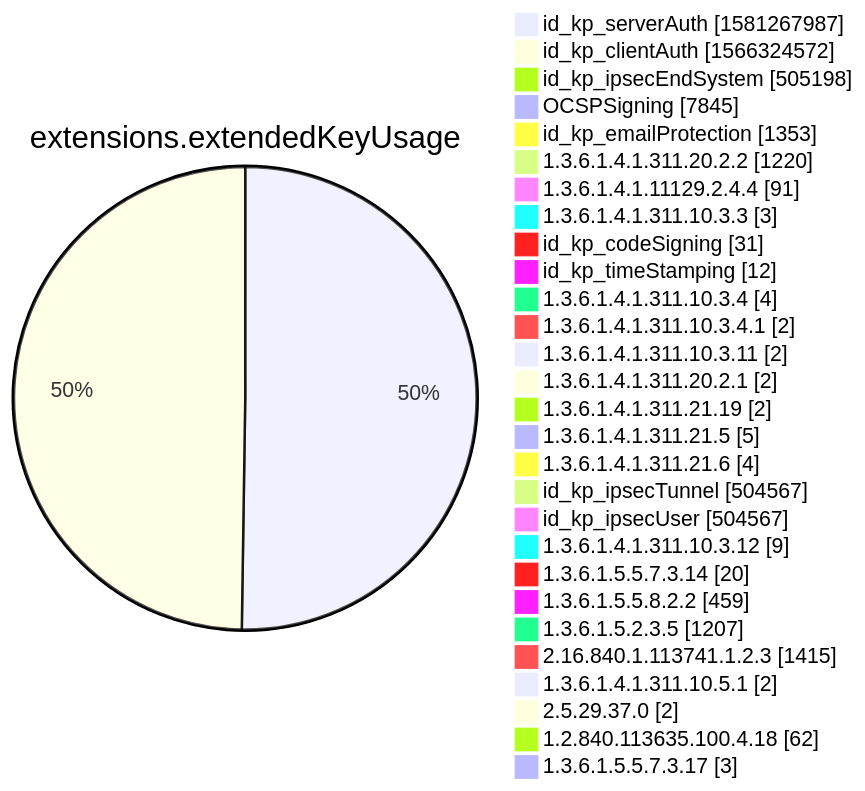
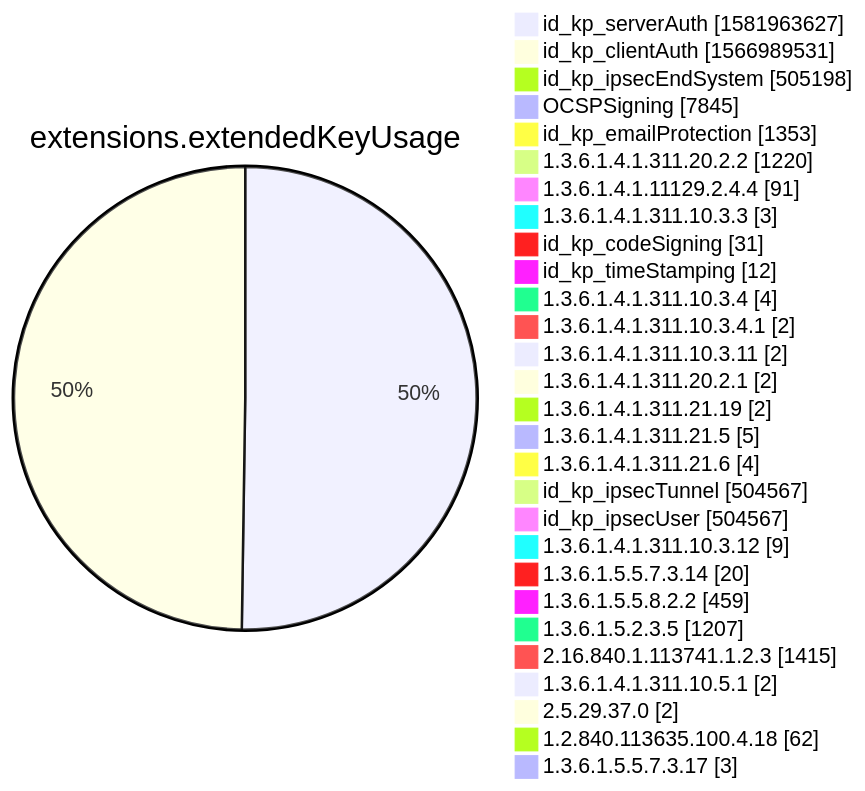
One commit to christiankrug/ctmonitor_visualization changed diagram 12 of 15 in xenon2022/README.md. Above: the diagram before and after it, drawn with Mermaid. The commit also changed other lines of this file, not shown here.

````diff
--- a/xenon2022/README.md
+++ b/xenon2022/README.md
@@ -3884,32 +3884,32 @@
 ```mermaid
 pie showData
 title extensions.extendedKeyUsage
-"id_kp_serverAuth" :1581267987
-"id_kp_clientAuth" :1566324572
+"id_kp_serverAuth" :1581963627
+"id_kp_clientAuth" :1566989531
 "id_kp_ipsecEndSystem" :505198
 "OCSPSigning" :7845
 "id_kp_emailProtection" :1353
 "1.3.6.1.4.1.311.20.2.2" :1220
 "1.3.6.1.4.1.11129.2.4.4" :91
 "1.3.6.1.4.1.311.10.3.3" :3
 "id_kp_codeSigning" :31
 "id_kp_timeStamping" :12
 "1.3.6.1.4.1.311.10.3.4" :4
 "1.3.6.1.4.1.311.10.3.4.1" :2
 "1.3.6.1.4.1.311.10.3.11" :2
 "1.3.6.1.4.1.311.20.2.1" :2
 "1.3.6.1.4.1.311.21.19" :2
 "1.3.6.1.4.1.311.21.5" :5
 "1.3.6.1.4.1.311.21.6" :4
 "id_kp_ipsecTunnel" :504567
 "id_kp_ipsecUser" :504567
 "1.3.6.1.4.1.311.10.3.12" :9
 "1.3.6.1.5.5.7.3.14" :20
 "1.3.6.1.5.5.8.2.2" :459
 "1.3.6.1.5.2.3.5" :1207
 "2.16.840.1.113741.1.2.3" :1415
 "1.3.6.1.4.1.311.10.5.1" :2
 "2.5.29.37.0" :2
 "1.2.840.113635.100.4.18" :62
 "1.3.6.1.5.5.7.3.17" :3
 ```
````
